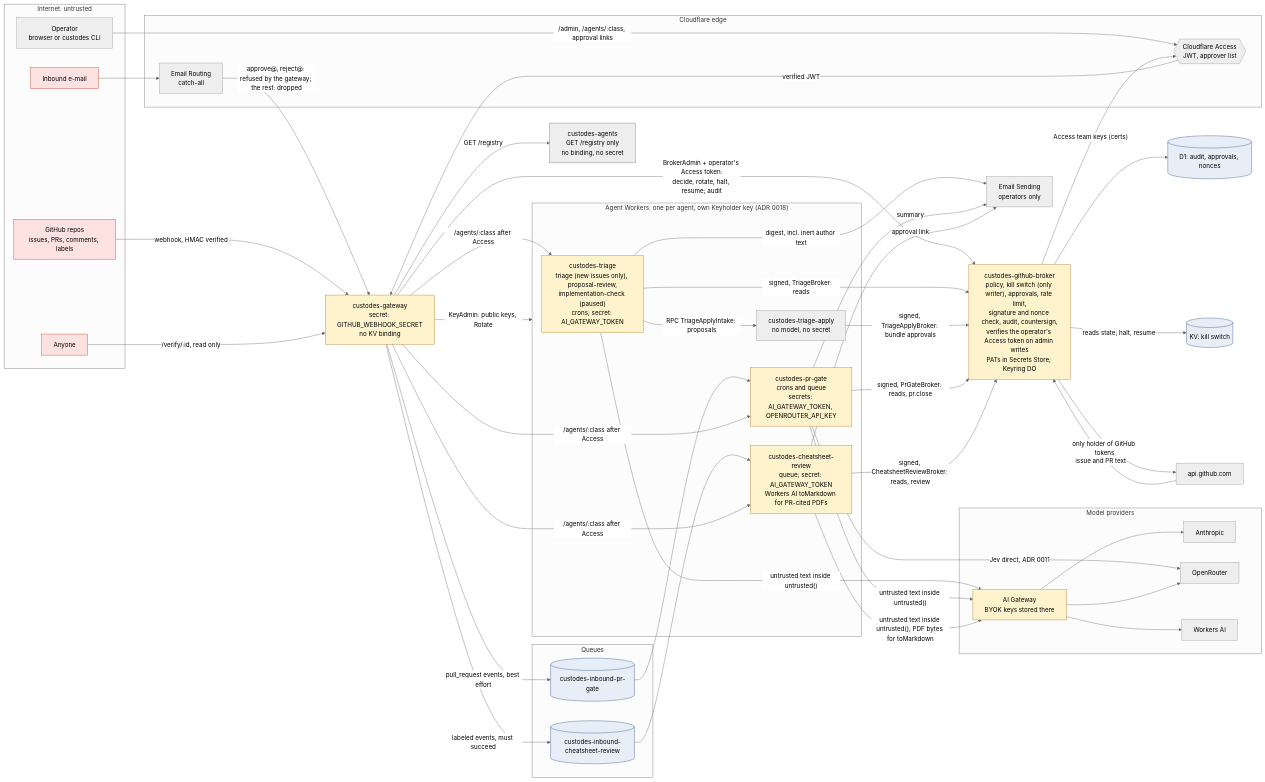
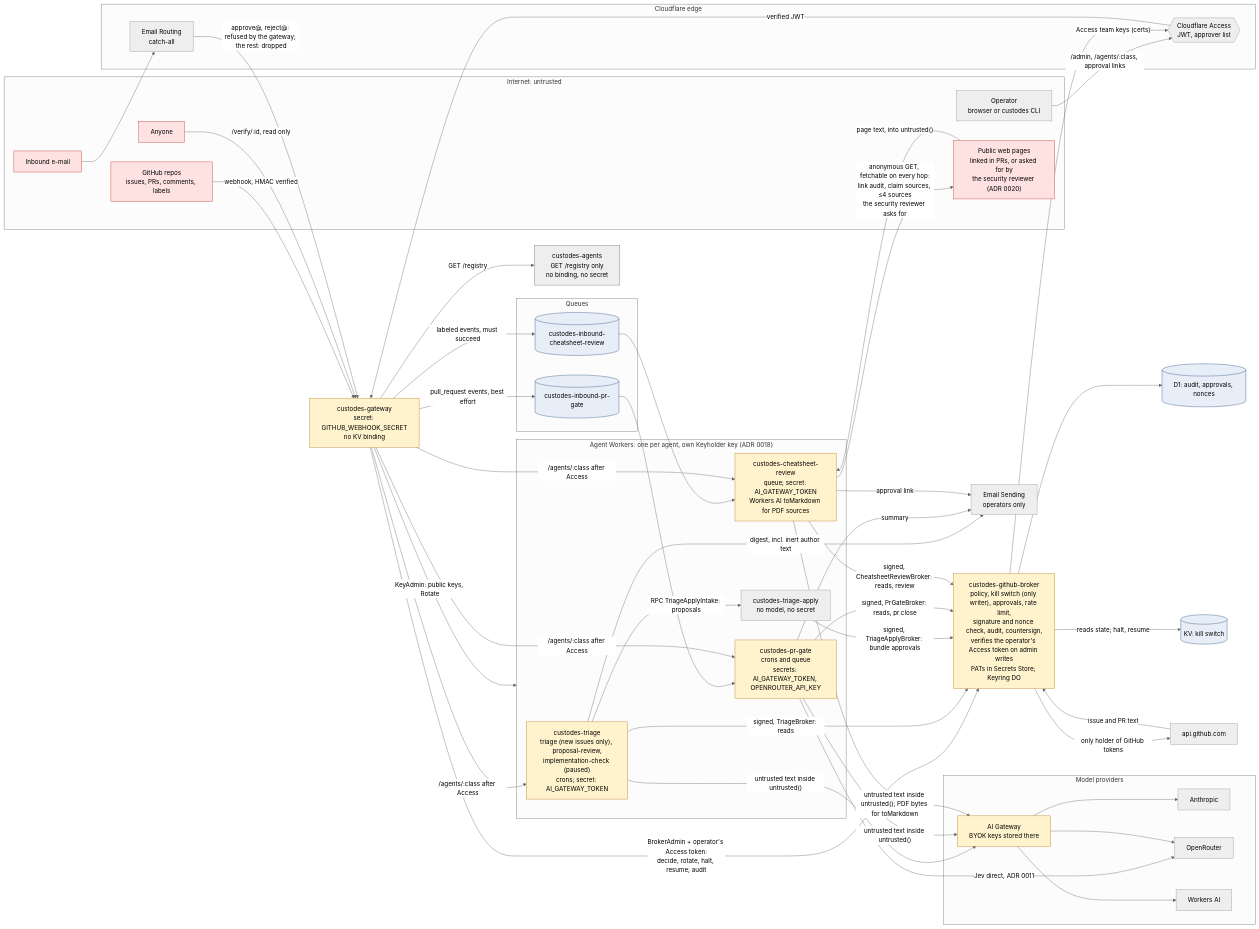
Before and after one commit to mackowski/custodes: the diagram in docs/architecture/data-flow.md, drawn with Mermaid (neutral theme). The commit also changed other lines of this file and 1 other file, not shown here.

Commit message:
docs(architecture): data flow and controls for cheatsheet-review's web fetches (ADR 0020, #155)

```diff
--- a/docs/architecture/data-flow.md
+++ b/docs/architecture/data-flow.md
@@ -24,6 +26,7 @@
     OP["Operator<br/>browser or custodes CLI"]
     ANY["Anyone"]:::untrusted
     INMAIL["Inbound e-mail"]:::untrusted
+    WEB["Public web pages<br/>linked in PRs, or asked for by<br/>the security reviewer (ADR 0020)"]:::untrusted
   end
 
   subgraph EDGE["Cloudflare edge"]
@@ -42,7 +45,7 @@
     TRI["custodes-triage<br/>triage (new issues only), proposal-review,<br/>implementation-check (paused)<br/>crons; secret: AI_GATEWAY_TOKEN"]:::secret
     TAP["custodes-triage-apply<br/>no model, no secret"]
     PRG["custodes-pr-gate<br/>crons and queue<br/>secrets: AI_GATEWAY_TOKEN, OPENROUTER_API_KEY"]:::secret
-    CSR["custodes-cheatsheet-review<br/>queue; secret: AI_GATEWAY_TOKEN<br/>Workers AI toMarkdown for PR-cited PDFs"]:::secret
+    CSR["custodes-cheatsheet-review<br/>queue; secret: AI_GATEWAY_TOKEN<br/>Workers AI toMarkdown for PDF sources"]:::secret
   end
 
   REG["custodes-agents<br/>GET /registry only<br/>no binding, no secret"]:::noauth
@@ -89,6 +92,8 @@
   PRG -- "untrusted text inside untrusted()" --> AIG
   CSR -- "untrusted text inside untrusted(); PDF bytes for toMarkdown" --> AIG
   PRG -- "Jev direct, ADR 0011" --> ORT
+  CSR -- "anonymous GET, fetchable on every hop:<br/>link audit, claim sources, ≤4 sources<br/>the security reviewer asks for" --> WEB
+  WEB -- "page text, into untrusted()" --> CSR
   AIG --> ANT
   AIG --> ORT
   AIG --> WAI
```
